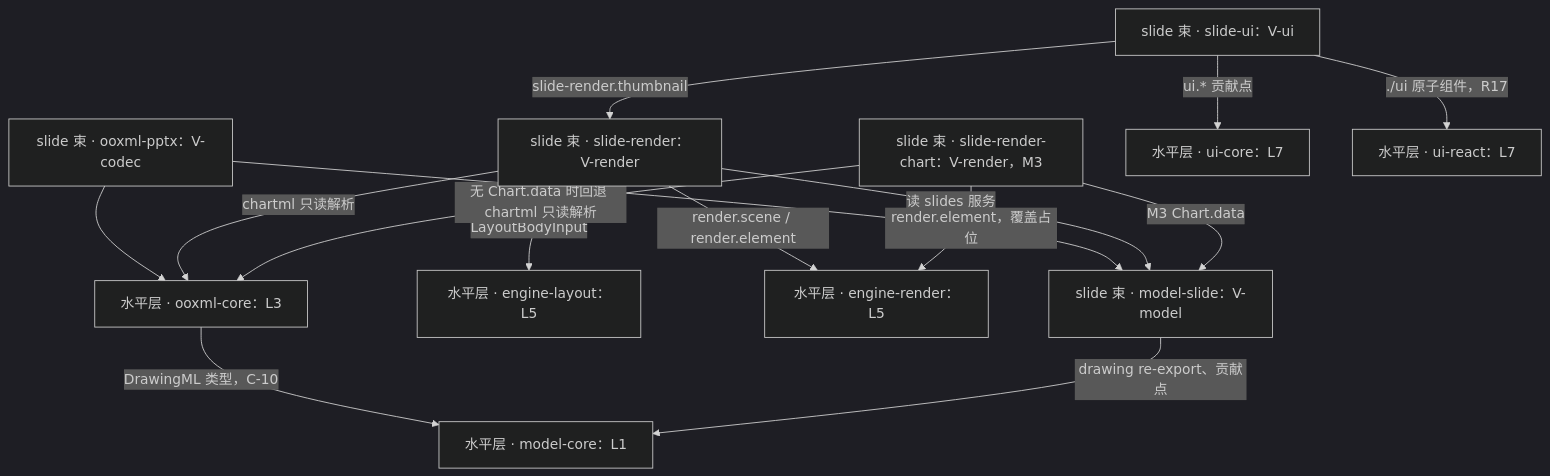
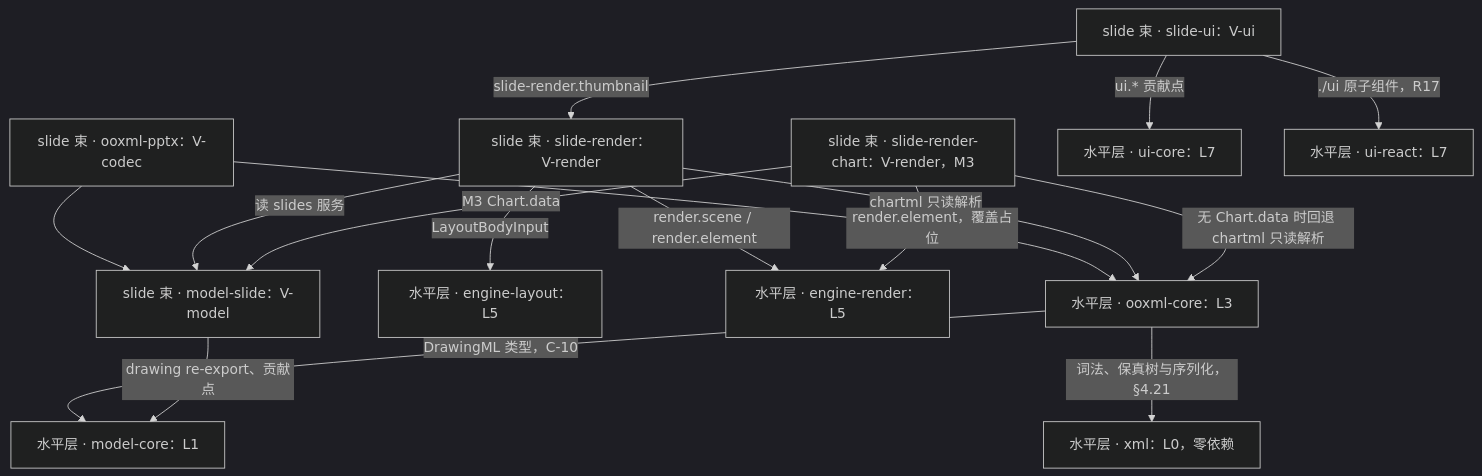
The fifth of 7 diagrams in docs/30-architecture/02-layering-and-packages.md (Xeonice/cordis-ppt-editor), drawn with Mermaid (dark theme) before and after one commit. The commit also changed other lines of this file and 78 other files, not shown here.

````diff
--- a/docs/30-architecture/02-layering-and-packages.md
+++ b/docs/30-architecture/02-layering-and-packages.md
@@ -1366,28 +465,30 @@
 ```mermaid
 flowchart TB
   slideUi["slide 束 · slide-ui：V-ui"]
   slideRender["slide 束 · slide-render：V-render"]
   slideChart["slide 束 · slide-render-chart：V-render，M3"]
   codecPptx["slide 束 · ooxml-pptx：V-codec"]
   modelSlide["slide 束 · model-slide：V-model"]
   uiCore["水平层 · ui-core：L7"]
   uiReact["水平层 · ui-react：L7"]
   engineLayout["水平层 · engine-layout：L5"]
   engineRender["水平层 · engine-render：L5"]
   ooxmlCoreH["水平层 · ooxml-core：L3"]
   modelCore["水平层 · model-core：L1"]
+  xmlPkg["水平层 · xml：L0，零依赖"]
   ooxmlCoreH -- "DrawingML 类型，C-10" --> modelCore
+  ooxmlCoreH -- "词法、保真树与序列化，§4.21" --> xmlPkg
   modelSlide -- "drawing re-export、贡献点" --> modelCore
   codecPptx --> ooxmlCoreH
   codecPptx --> modelSlide
   slideRender -- "读 slides 服务" --> modelSlide
   slideRender -- "LayoutBodyInput" --> engineLayout
   slideRender -- "render.scene / render.element" --> engineRender
   slideRender -- "chartml 只读解析" --> ooxmlCoreH
   slideChart -- "render.element，覆盖占位" --> engineRender
   slideChart -- "M3 Chart.data" --> modelSlide
   slideChart -- "无 Chart.data 时回退 chartml 只读解析" --> ooxmlCoreH
   slideUi -- "ui.* 贡献点" --> uiCore
   slideUi -- "./ui 原子组件，R17" --> uiReact
   slideUi -- "slide-render.thumbnail" --> slideRender
 ```
````
